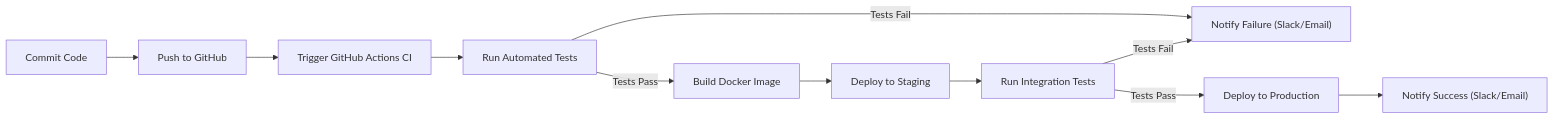
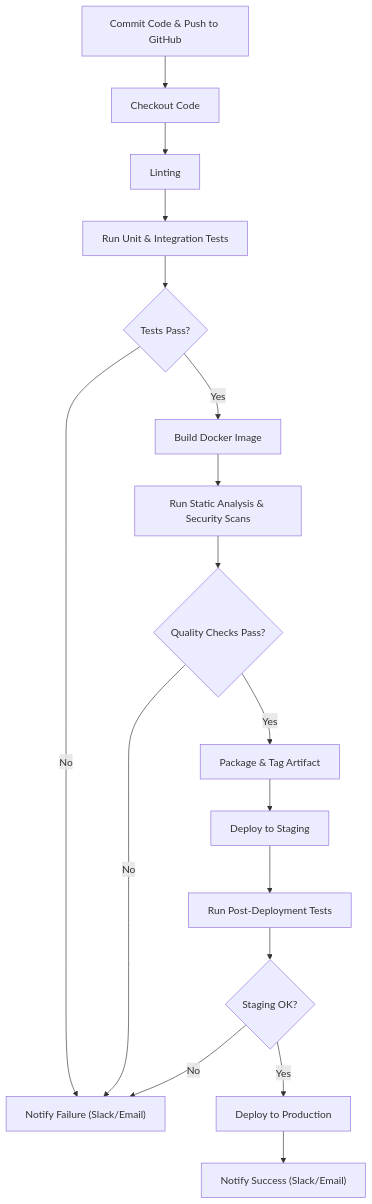
One commit to mng-g/portfolio-ci-cd changed the diagram in docs/pipeline_diagram.md. Above: the diagram before and after it, drawn with Mermaid. The commit also changed other lines of this file and 1 other file, not shown here.

Commit message:
added pipeline design docs and improved pipeline diagram

````diff
--- a/docs/pipeline_diagram.md
+++ b/docs/pipeline_diagram.md
@@ -1,14 +1,19 @@
 ```mermaid
-flowchart LR
-    A[Commit Code] --> B[Push to GitHub]
-    B --> C[Trigger GitHub Actions CI]
-    C --> D[Run Automated Tests]
-    D -- "Tests Pass" --> E[Build Docker Image]
-    D -- "Tests Fail" --> F["Notify Failure (Slack/Email)"]
-    E --> G[Deploy to Staging]
-    G --> H[Run Integration Tests]
-    H -- "Tests Pass" --> I[Deploy to Production]
-    H -- "Tests Fail" --> F
-    I --> J["Notify Success (Slack/Email)"]
-
+flowchart TD
+    A[Commit Code & Push to GitHub] --> B[Checkout Code]
+    B --> C[Linting]
+    C --> D[Run Unit & Integration Tests]
+    D --> E{Tests Pass?}
+    E -- Yes --> F[Build Docker Image]
+    E -- No --> G["Notify Failure (Slack/Email)"]
+    F --> H[Run Static Analysis & Security Scans]
+    H --> I{Quality Checks Pass?}
+    I -- Yes --> J[Package & Tag Artifact]
+    I -- No --> G
+    J --> K[Deploy to Staging]
+    K --> L[Run Post-Deployment Tests]
+    L --> M{Staging OK?}
+    M -- Yes --> N[Deploy to Production]
+    M -- No --> G
+    N --> O["Notify Success (Slack/Email)"]
 ```
````
